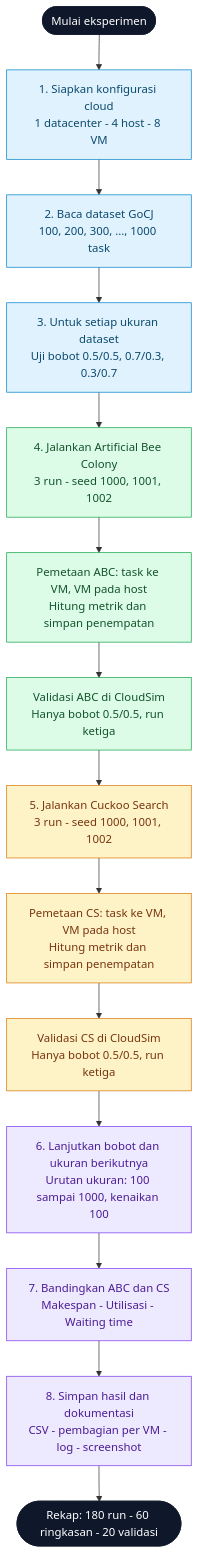
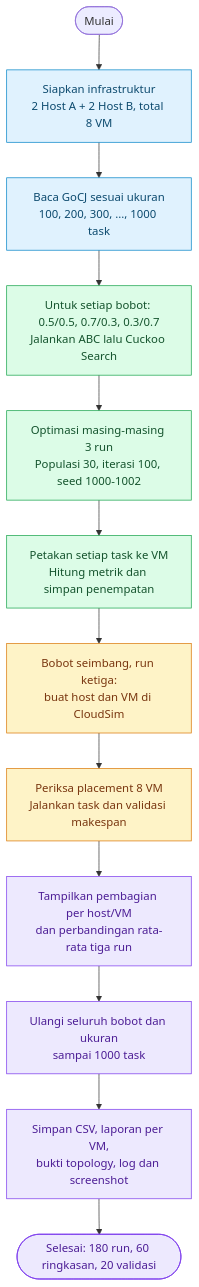
One commit to tiarafthzzhr/Kelompok5_SOKA_Metaheuristik changed the diagram in README.md. Above: the diagram before and after it, drawn with Mermaid. The commit also changed other lines of this file and 50 other files, not shown here.

Commit message:
Lengkapi dokumentasi terbaru simulasi host heterogen

````diff
--- a/README.md
+++ b/README.md
@@ -44,27 +61,22 @@
 ```mermaid
 flowchart TD
-    START([Mulai eksperimen]) --> CONFIG["1. Siapkan konfigurasi cloud<br/>1 datacenter - 4 host - 8 VM"]
-    CONFIG --> DATA["2. Baca dataset GoCJ<br/>100, 200, 300, ..., 1000 task"]
-    DATA --> SETUP["3. Untuk setiap ukuran dataset<br/>Uji bobot 0.5/0.5, 0.7/0.3, 0.3/0.7"]
-    SETUP --> ABC["4. Jalankan Artificial Bee Colony<br/>3 run - seed 1000, 1001, 1002"]
-    ABC --> ABCMAP["Pemetaan ABC: task ke VM, VM pada host<br/>Hitung metrik dan simpan penempatan"]
-    ABCMAP --> ABCVAL["Validasi ABC di CloudSim<br/>Hanya bobot 0.5/0.5, run ketiga"]
-    ABCVAL --> CS["5. Jalankan Cuckoo Search<br/>3 run - seed 1000, 1001, 1002"]
-    CS --> CSMAP["Pemetaan CS: task ke VM, VM pada host<br/>Hitung metrik dan simpan penempatan"]
-    CSMAP --> CSVAL["Validasi CS di CloudSim<br/>Hanya bobot 0.5/0.5, run ketiga"]
-    CSVAL --> REPEAT["6. Lanjutkan bobot dan ukuran berikutnya<br/>Urutan ukuran: 100 sampai 1000, kenaikan 100"]
-    REPEAT --> OUTPUT["7. Bandingkan ABC dan CS<br/>Makespan - Utilisasi - Waiting time"]
-    OUTPUT --> FILES["8. Simpan hasil dan dokumentasi<br/>CSV - pembagian per VM - log - screenshot"]
-    FILES --> END([Rekap: 180 run - 60 ringkasan - 20 validasi])
-
-    classDef startEnd fill:#0f172a,color:#ffffff,stroke:#0f172a;
+    A([Mulai]) --> B["Siapkan infrastruktur<br/>2 Host A + 2 Host B, total 8 VM"]
+    B --> C["Baca GoCJ sesuai ukuran<br/>100, 200, 300, ..., 1000 task"]
+    C --> D["Untuk setiap bobot: 0.5/0.5, 0.7/0.3, 0.3/0.7<br/>Jalankan ABC lalu Cuckoo Search"]
+    D --> E["Optimasi masing-masing 3 run<br/>Populasi 30, iterasi 100, seed 1000-1002"]
+    E --> F["Petakan setiap task ke VM<br/>Hitung metrik dan simpan penempatan"]
+    F --> G["Bobot seimbang, run ketiga:<br/>buat host dan VM di CloudSim"]
+    G --> H["Periksa placement 8 VM<br/>Jalankan task dan validasi makespan"]
+    H --> I["Tampilkan pembagian per host/VM<br/>dan perbandingan rata-rata tiga run"]
+    I --> J["Ulangi seluruh bobot dan ukuran<br/>sampai 1000 task"]
+    J --> K["Simpan CSV, laporan per VM,<br/>bukti topology, log dan screenshot"]
+    K --> L([Selesai: 180 run, 60 ringkasan, 20 validasi])
     classDef setup fill:#e0f2fe,color:#0c4a6e,stroke:#0284c7;
-    classDef abc fill:#dcfce7,color:#14532d,stroke:#16a34a;
-    classDef cs fill:#fef3c7,color:#78350f,stroke:#d97706;
-    classDef output fill:#ede9fe,color:#4c1d95,stroke:#7c3aed;
-    class START,END startEnd;
-    class CONFIG,DATA,SETUP setup;
-    class ABC,ABCMAP,ABCVAL abc;
-    class CS,CSMAP,CSVAL cs;
-    class REPEAT,OUTPUT,FILES output;
+    classDef search fill:#dcfce7,color:#14532d,stroke:#16a34a;
+    classDef verify fill:#fef3c7,color:#78350f,stroke:#d97706;
+    classDef result fill:#ede9fe,color:#4c1d95,stroke:#7c3aed;
+    class B,C setup;
+    class D,E,F search;
+    class G,H verify;
+    class I,J,K,L result;
 ```
````
